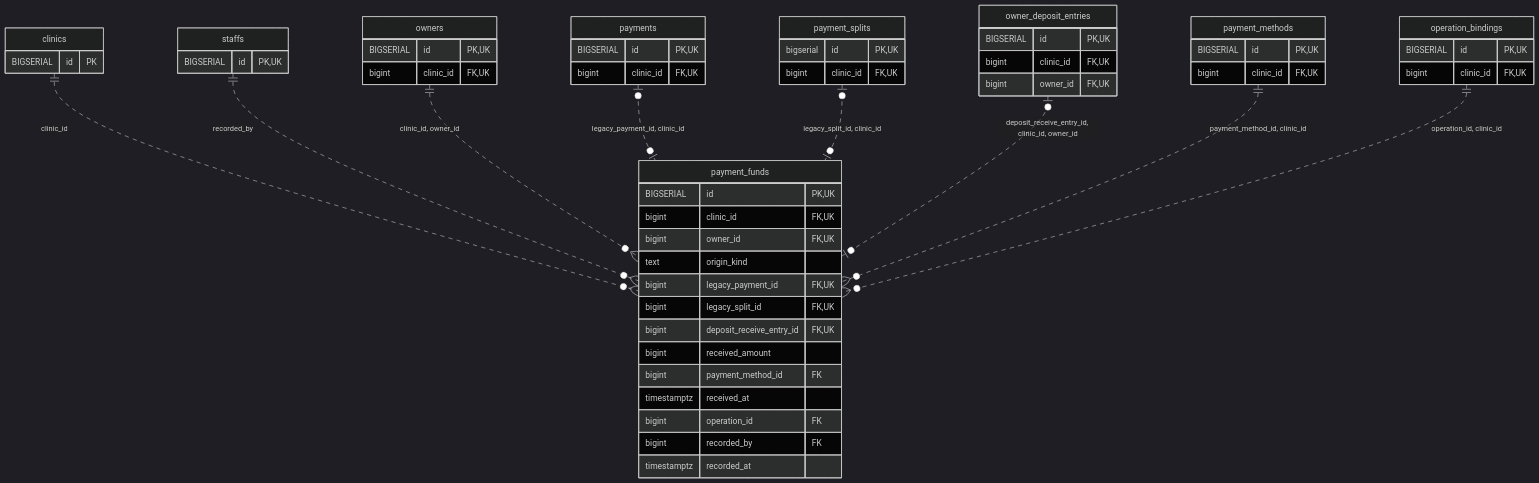
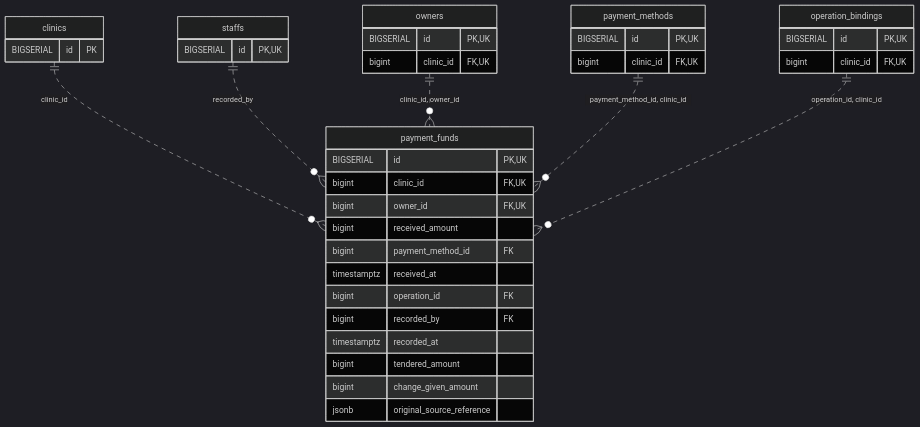
Before and after one commit to MinoruSoga/AnimalEkarte: the diagram in docs/architecture/erd-detail/payment_funds.md, drawn with Mermaid (dark theme). The commit also changed other lines of this file and 147 other files, not shown here.

````diff
--- a/docs/architecture/erd-detail/payment_funds.md
+++ b/docs/architecture/erd-detail/payment_funds.md
@@ -36,57 +35,40 @@
 ```mermaid
 erDiagram
     payment_funds {
         BIGSERIAL id PK,UK
         bigint clinic_id FK,UK
         bigint owner_id FK,UK
-        text origin_kind
-        bigint legacy_payment_id FK,UK
-        bigint legacy_split_id FK,UK
-        bigint deposit_receive_entry_id FK,UK
         bigint received_amount
         bigint payment_method_id FK
         timestamptz received_at
         bigint operation_id FK
         bigint recorded_by FK
         timestamptz recorded_at
+        bigint tendered_amount
+        bigint change_given_amount
+        jsonb original_source_reference
     }
     clinics {
         BIGSERIAL id PK
     }
     operation_bindings {
         BIGSERIAL id PK,UK
         bigint clinic_id FK,UK
-    }
-    owner_deposit_entries {
-        BIGSERIAL id PK,UK
-        bigint clinic_id FK,UK
-        bigint owner_id FK,UK
     }
     owners {
         BIGSERIAL id PK,UK
         bigint clinic_id FK,UK
     }
     payment_methods {
         BIGSERIAL id PK,UK
         bigint clinic_id FK,UK
     }
-    payment_splits {
-        bigserial id PK,UK
-        bigint clinic_id FK,UK
-    }
-    payments {
-        BIGSERIAL id PK,UK
-        bigint clinic_id FK,UK
-    }
     staffs {
         BIGSERIAL id PK,UK
     }
     clinics ||..o{ payment_funds : "clinic_id"
     staffs ||..o{ payment_funds : "recorded_by"
     owners ||..o{ payment_funds : "clinic_id, owner_id"
-    payments o|..o| payment_funds : "legacy_payment_id, clinic_id"
-    payment_splits o|..o| payment_funds : "legacy_split_id, clinic_id"
-    owner_deposit_entries o|..o| payment_funds : "deposit_receive_entry_id, clinic_id, owner_id"
     payment_methods ||..o{ payment_funds : "payment_method_id, clinic_id"
     operation_bindings ||..o{ payment_funds : "operation_id, clinic_id"
 ```
````
